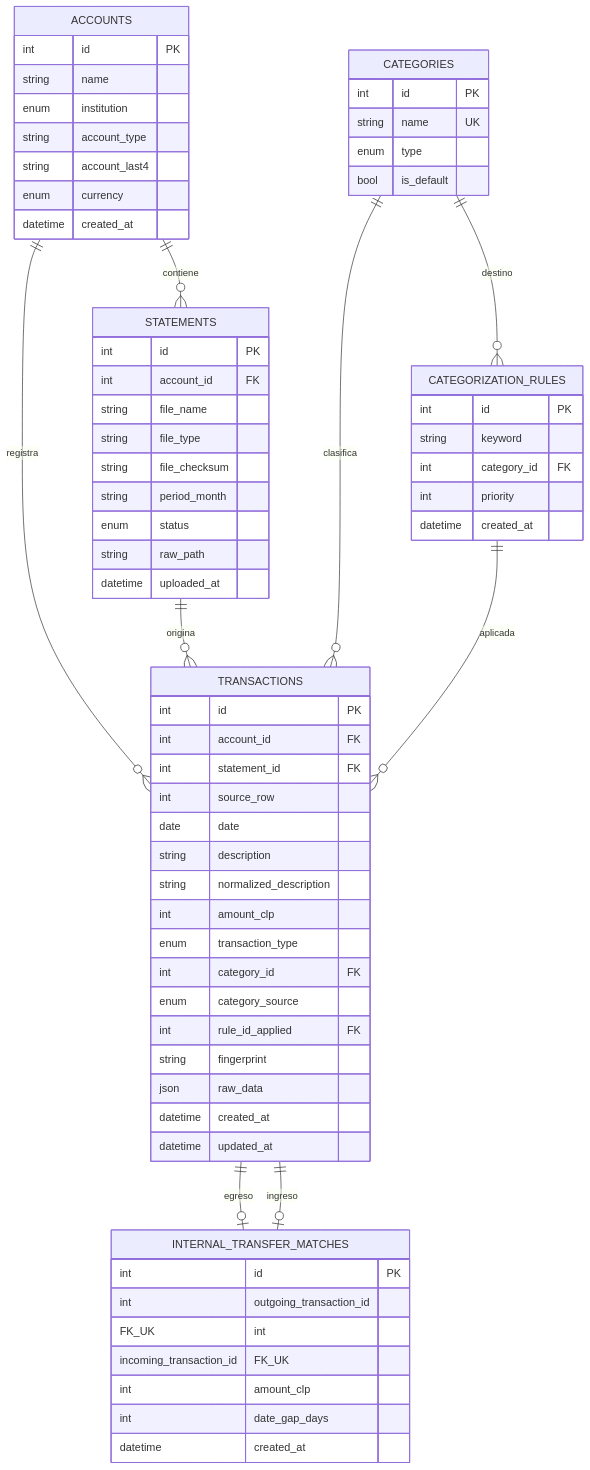
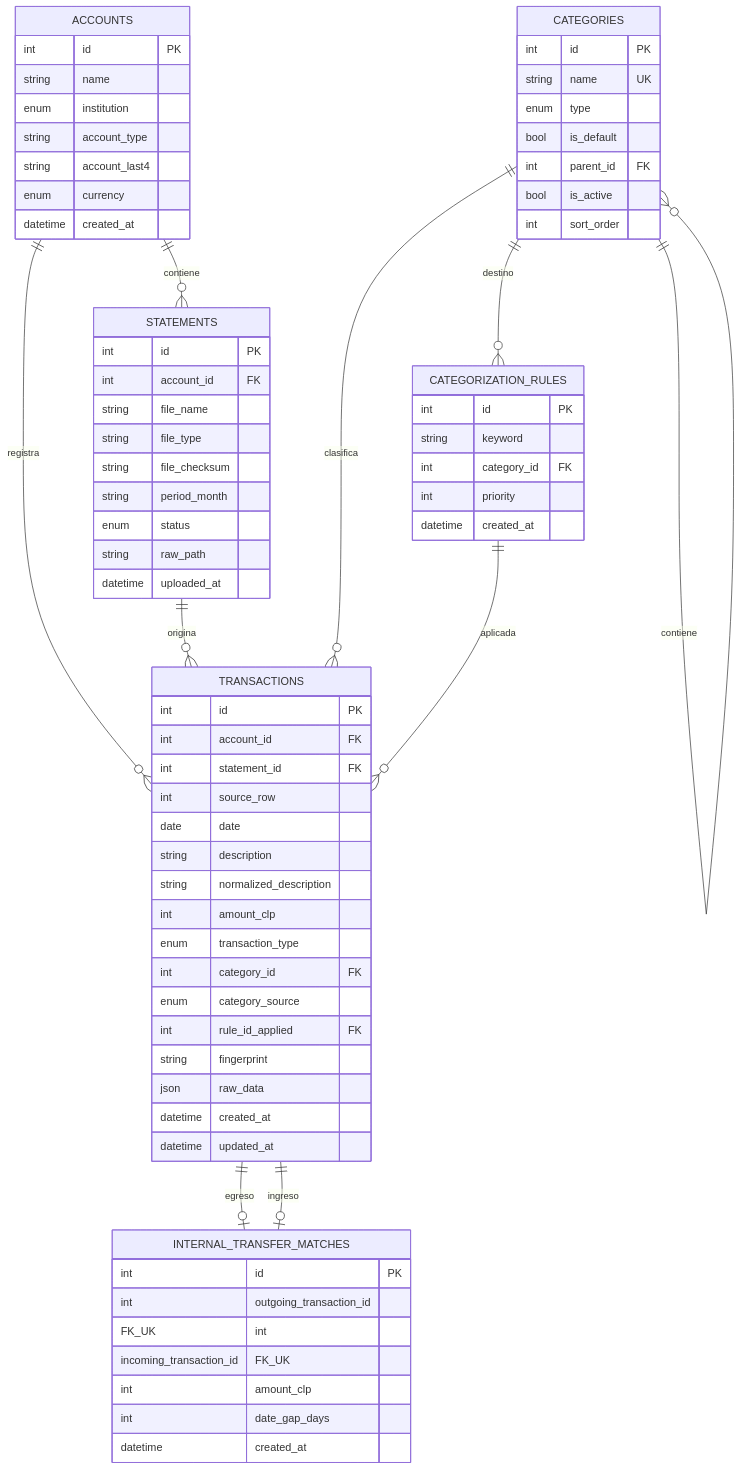
Before and after one commit to CristianIgnacio/SoloFinanzas: the diagram in docs/05-modelo-de-datos.md, drawn with Mermaid. The commit also changed other lines of this file and 31 other files, not shown here.

````diff
--- a/docs/05-modelo-de-datos.md
+++ b/docs/05-modelo-de-datos.md
@@ -16,71 +17,75 @@
 ```mermaid
 erDiagram
     ACCOUNTS ||--o{ STATEMENTS : contiene
     ACCOUNTS ||--o{ TRANSACTIONS : registra
     STATEMENTS ||--o{ TRANSACTIONS : origina
     CATEGORIES ||--o{ TRANSACTIONS : clasifica
+    CATEGORIES ||--o{ CATEGORIES : contiene
     CATEGORIES ||--o{ CATEGORIZATION_RULES : destino
     CATEGORIZATION_RULES ||--o{ TRANSACTIONS : aplicada
     TRANSACTIONS ||--o| INTERNAL_TRANSFER_MATCHES : egreso
     TRANSACTIONS ||--o| INTERNAL_TRANSFER_MATCHES : ingreso
 
     ACCOUNTS {
       int id PK
       string name
       enum institution
       string account_type
       string account_last4
       enum currency
       datetime created_at
     }
     STATEMENTS {
       int id PK
       int account_id FK
       string file_name
       string file_type
       string file_checksum
       string period_month
       enum status
       string raw_path
       datetime uploaded_at
     }
     TRANSACTIONS {
       int id PK
       int account_id FK
       int statement_id FK
       int source_row
       date date
       string description
       string normalized_description
       int amount_clp
       enum transaction_type
       int category_id FK
       enum category_source
       int rule_id_applied FK
       string fingerprint
       json raw_data
       datetime created_at
       datetime updated_at
     }
     CATEGORIES {
       int id PK
       string name UK
       enum type
       bool is_default
+      int parent_id FK
+      bool is_active
+      int sort_order
     }
     CATEGORIZATION_RULES {
       int id PK
       string keyword
       int category_id FK
       int priority
       datetime created_at
     }
     INTERNAL_TRANSFER_MATCHES {
       int id PK
       int outgoing_transaction_id FK_UK
       int incoming_transaction_id FK_UK
       int amount_clp
       int date_gap_days
       datetime created_at
     }
 ```
````
